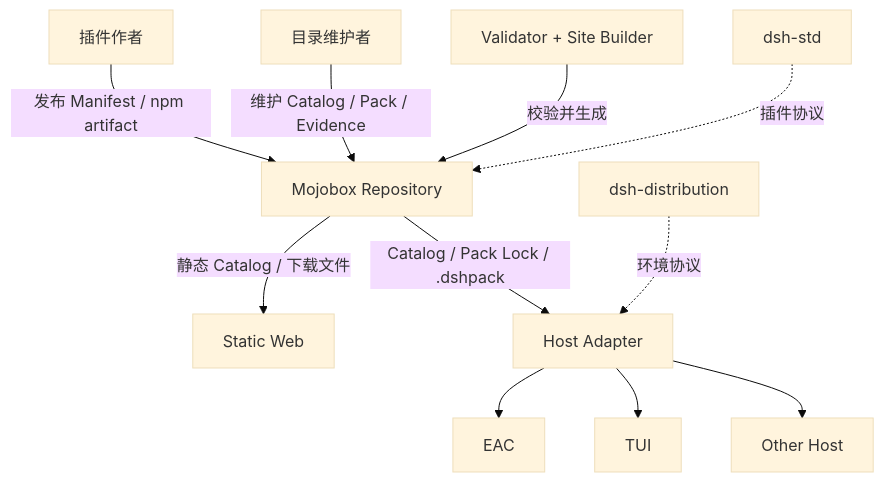
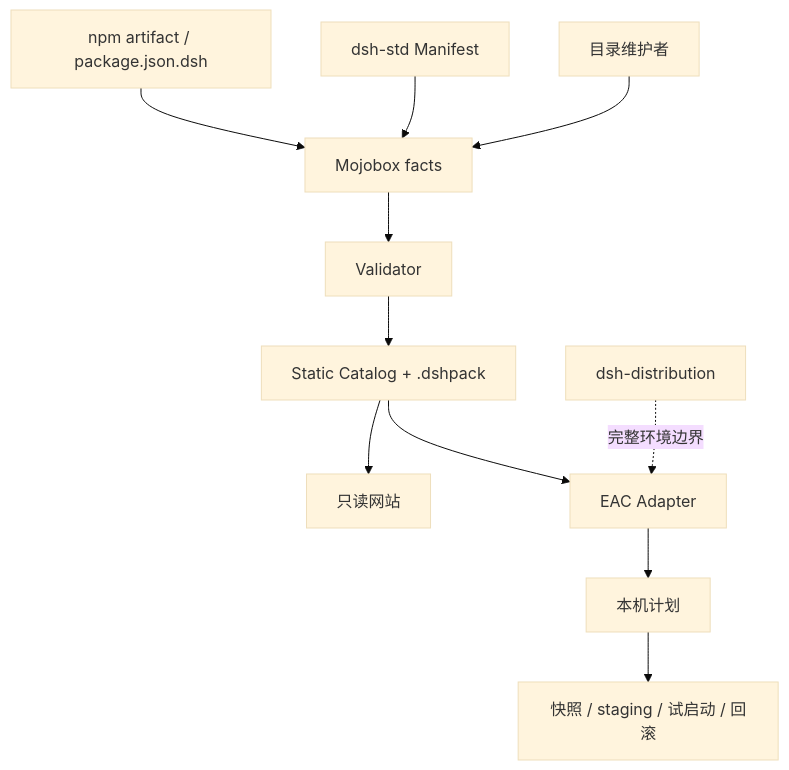
One commit to lanyun077/dsh-mojobox changed the first of 3 diagrams in docs/architecture.md. Above: the diagram before and after it, drawn with Mermaid (base theme). The commit also changed other lines of this file and 29 other files, not shown here.

Commit message:
feat(mojobox): 建立 EAC 优先的第四阶段基座

````diff
--- a/docs/architecture.md
+++ b/docs/architecture.md
@@ -7,14 +8,13 @@
 ```mermaid
 flowchart TB
-  PA[插件作者] -->|发布 Manifest / npm artifact| M[Mojobox Repository]
-  CM[目录维护者] -->|维护 Catalog / Pack / Evidence| M
-  CI[Validator + Site Builder] -->|校验并生成| M
-  M -->|静态 Catalog / 下载文件| WEB[Static Web]
-  M -->|Catalog / Pack Lock / .dshpack| HA[Host Adapter]
-  HA --> EAC[EAC]
-  HA --> TUI[TUI]
-  HA --> OTHER[Other Host]
-
-  STD[dsh-std] -.插件协议.-> M
-  DIST[dsh-distribution] -.环境协议.-> HA
+  PKG[npm artifact / package.json.dsh] --> REPO[Mojobox facts]
+  STD[dsh-std Manifest] --> REPO
+  MAINT[目录维护者] --> REPO
+  REPO --> VALIDATE[Validator]
+  VALIDATE --> CATALOG[Static Catalog + .dshpack]
+  CATALOG --> WEB[只读网站]
+  CATALOG --> EAC[EAC Adapter]
+  EAC --> PLAN[本机计划]
+  PLAN --> TX[快照 / staging / 试启动 / 回滚]
+  DIST[dsh-distribution] -.完整环境边界.-> EAC
 ```
````
